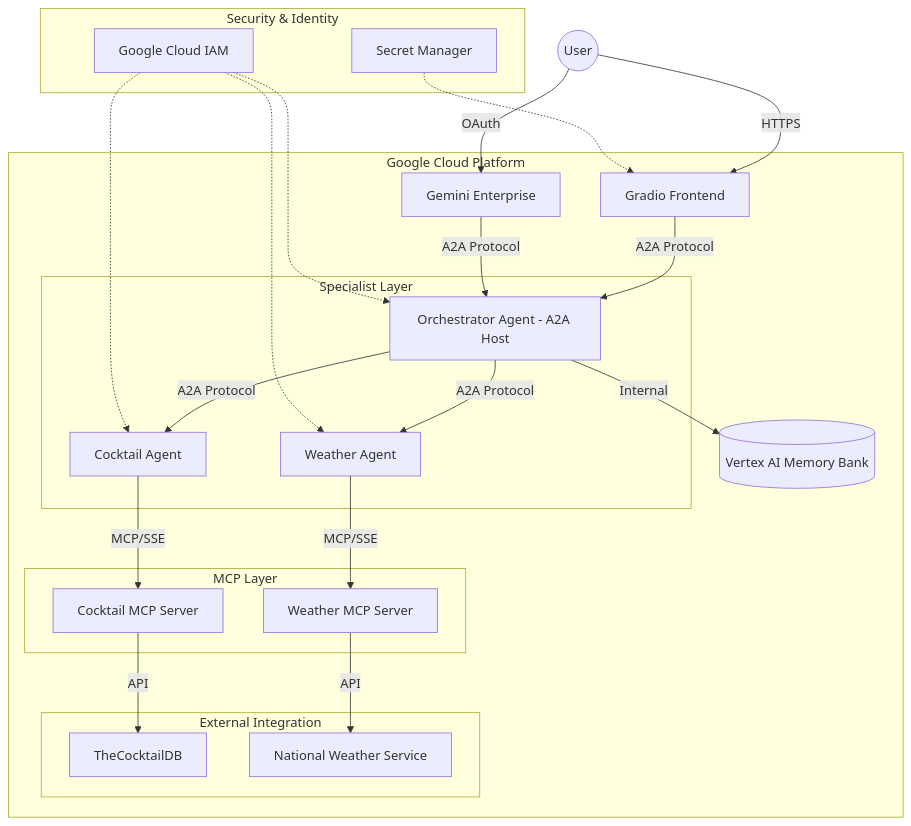
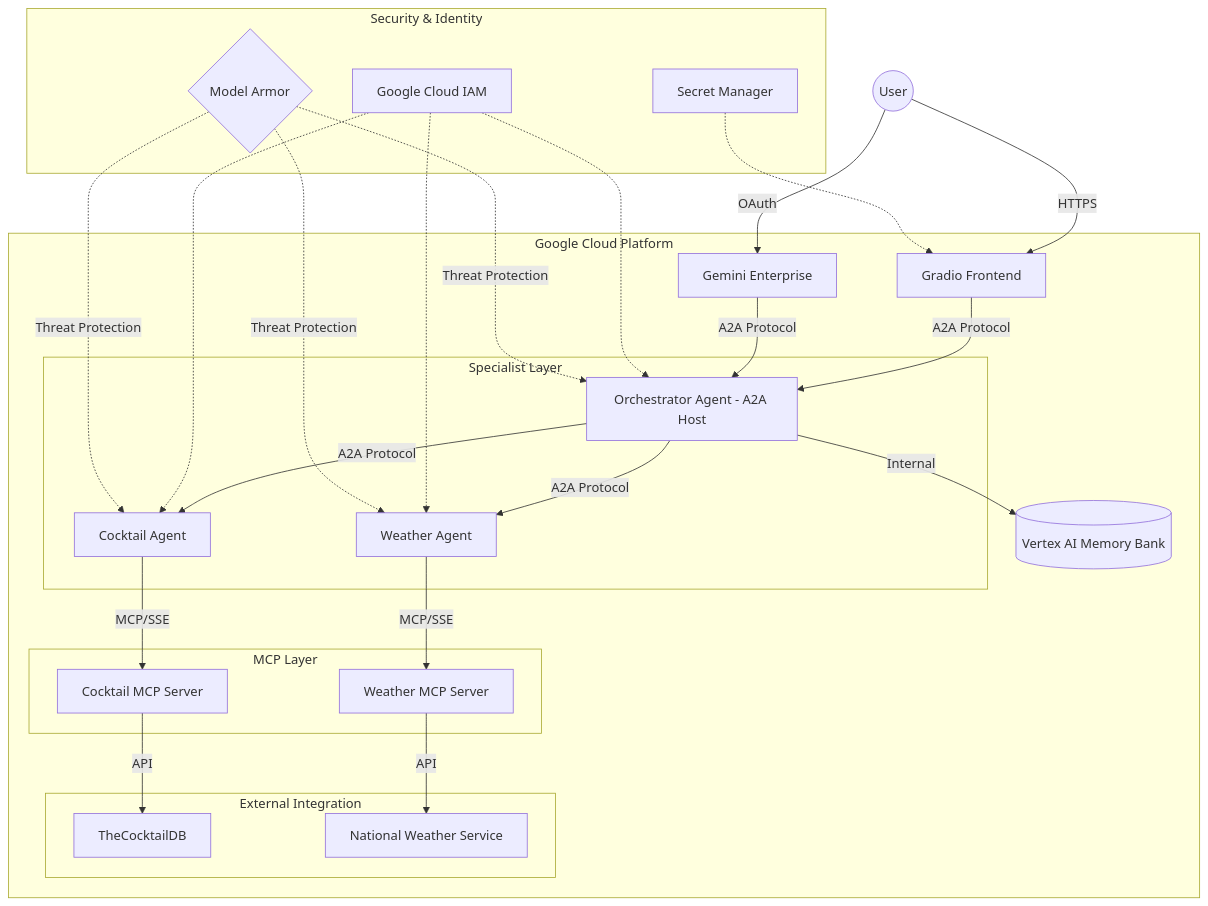
The diagram in README.md (wadave/a2a-multiagent-adk-memory-cicd), drawn with Mermaid before and after one commit. The commit also changed other lines of this file and 2 other files, not shown here.

Commit message:
chore: add missing aiobreaker dependency to deployment requirements

````diff
--- a/README.md
+++ b/README.md
@@ -25,34 +25,37 @@
 ```mermaid
 graph TD
     User((User)) -->|HTTPS| CustomUI[Gradio Frontend]
     User((User)) -->|OAuth| GeminiEnt[Gemini Enterprise]
     
     subgraph "Google Cloud Platform"
         CustomUI -->|A2A Protocol| Orchestrator[Orchestrator Agent - A2A Host]
         GeminiEnt -->|A2A Protocol| Orchestrator
         
         Orchestrator -->|Internal| MemoryBank[(Vertex AI Memory Bank)]
         
         subgraph "Specialist Layer"
             Orchestrator -->|A2A Protocol| Specialist1[Cocktail Agent]
             Orchestrator -->|A2A Protocol| Specialist2[Weather Agent]
         end
         
         subgraph "MCP Layer"
             Specialist1 -->|MCP/SSE| MCPServer1[Cocktail MCP Server]
             Specialist2 -->|MCP/SSE| MCPServer2[Weather MCP Server]
         end
         
         subgraph "External Integration"
             MCPServer1 -->|API| CocktailAPI[TheCocktailDB]
             MCPServer2 -->|API| WeatherAPI[National Weather Service]
         end
     end
     
     subgraph "Security & Identity"
         IAM[Google Cloud IAM] -.-> Orchestrator
         IAM -.-> Specialist1
         IAM -.-> Specialist2
         SM[Secret Manager] -.-> CustomUI
+        MA{Model Armor} -.->|Threat Protection| Orchestrator
+        MA -.->|Threat Protection| Specialist1
+        MA -.->|Threat Protection| Specialist2
     end
 ```
````
